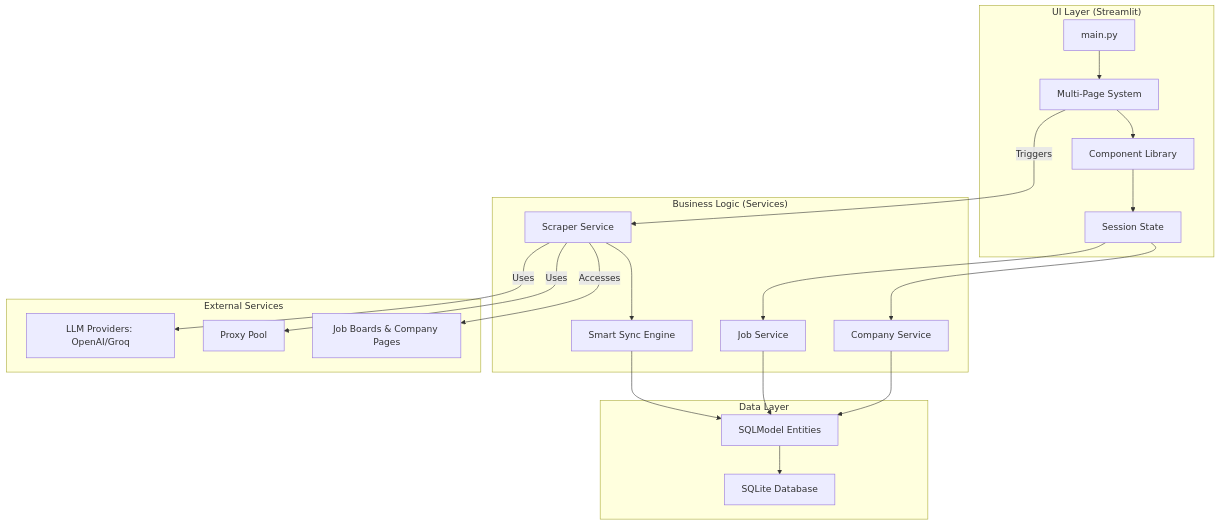
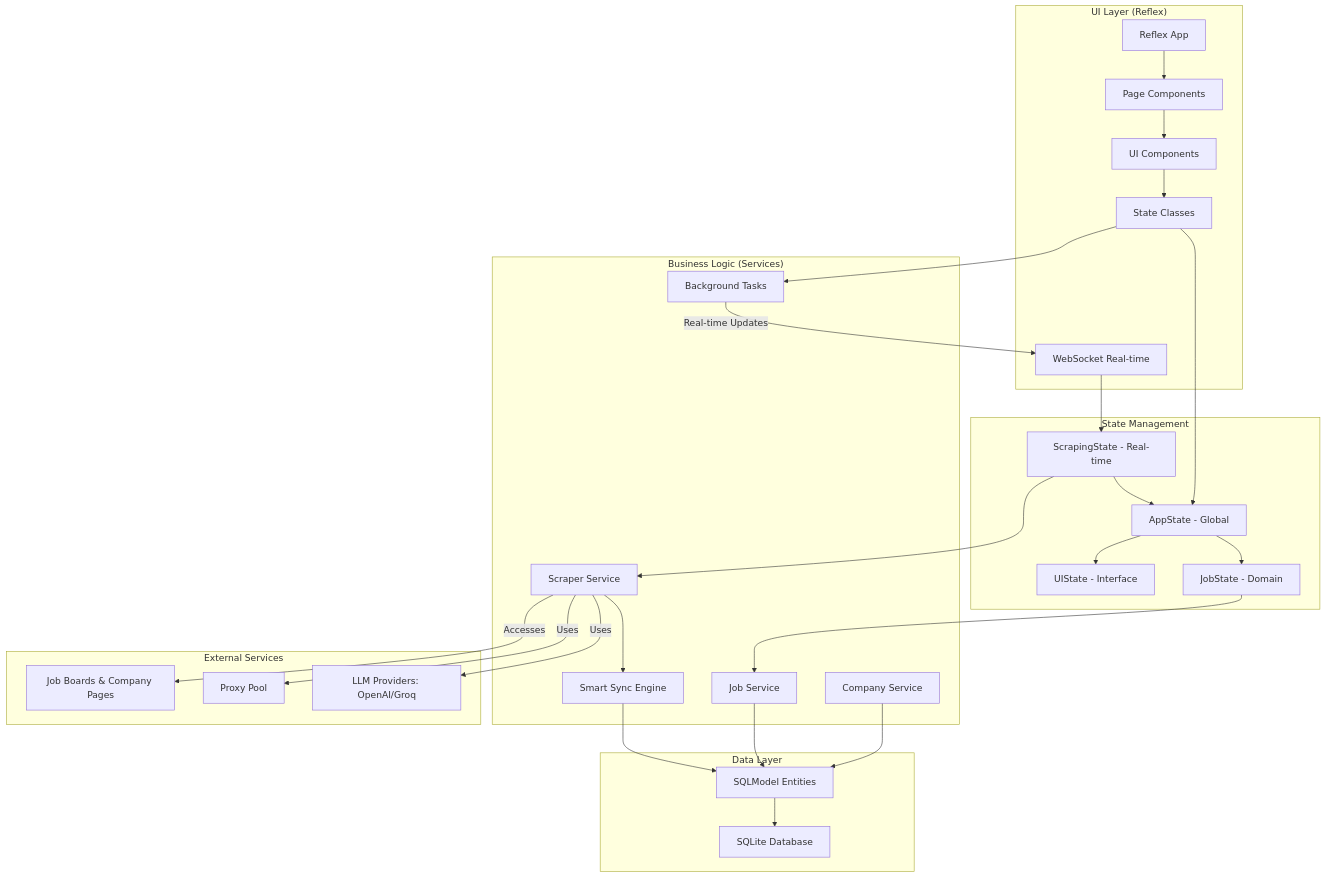
The diagram in README.md (BjornMelin/ai-job-scraper), drawn with Mermaid before and after one commit. The commit also changed other lines of this file and 5 other files, not shown here.

First line of the commit message:
docs: migrate documentation from Streamlit to Reflex UI framework

````diff
--- a/README.md
+++ b/README.md
@@ -31,44 +31,61 @@
 ```mermaid
 graph TD
-    subgraph "UI Layer (Streamlit)"
-        UI_MAIN[main.py]
-        UI_PAGES[Multi-Page System]
-        UI_COMP[Component Library]
-        UI_STATE[Session State]
+    subgraph "UI Layer (Reflex)"
+        UI_APP[Reflex App]
+        UI_PAGES[Page Components]
+        UI_COMP[UI Components]
+        UI_STATE[State Classes]
+        UI_WS[WebSocket Real-time]
+    end
+    
+    subgraph "State Management"
+        STATE_APP[AppState - Global]
+        STATE_JOB[JobState - Domain]
+        STATE_SCRAPE[ScrapingState - Real-time]
+        STATE_UI[UIState - Interface]
     end
     
     subgraph "Business Logic (Services)"
         BL_SCRAPER[Scraper Service]
         BL_SYNC[Smart Sync Engine]
         BL_JOB[Job Service]
         BL_COMPANY[Company Service]
+        BL_TASK[Background Tasks]
     end
     
     subgraph "Data Layer"
         DB_SQL[SQLite Database]
         DB_MODELS[SQLModel Entities]
     end
     
     subgraph "External Services"
         EXT_LLM[LLM Providers: OpenAI/Groq]
         EXT_PROXIES[Proxy Pool]
         EXT_SITES[Job Boards & Company Pages]
     end
     
-    UI_MAIN --> UI_PAGES
+    UI_APP --> UI_PAGES
     UI_PAGES --> UI_COMP
     UI_COMP --> UI_STATE
-    UI_STATE --> BL_JOB
-    UI_STATE --> BL_COMPANY
-    UI_PAGES -- Triggers --> BL_SCRAPER
+    UI_STATE --> STATE_APP
+    UI_WS --> STATE_SCRAPE
+    
+    STATE_APP --> STATE_JOB
+    STATE_APP --> STATE_UI
+    STATE_SCRAPE --> STATE_APP
+    
+    STATE_JOB --> BL_JOB
+    STATE_SCRAPE --> BL_SCRAPER
+    UI_STATE --> BL_TASK
     
     BL_SCRAPER --> BL_SYNC
     BL_SYNC --> DB_MODELS
     DB_MODELS --> DB_SQL
     BL_JOB --> DB_MODELS
     BL_COMPANY --> DB_MODELS
     
     BL_SCRAPER -- Uses --> EXT_LLM
     BL_SCRAPER -- Uses --> EXT_PROXIES
     BL_SCRAPER -- Accesses --> EXT_SITES
+    BL_TASK -- Real-time Updates --> UI_WS
 ```
````
